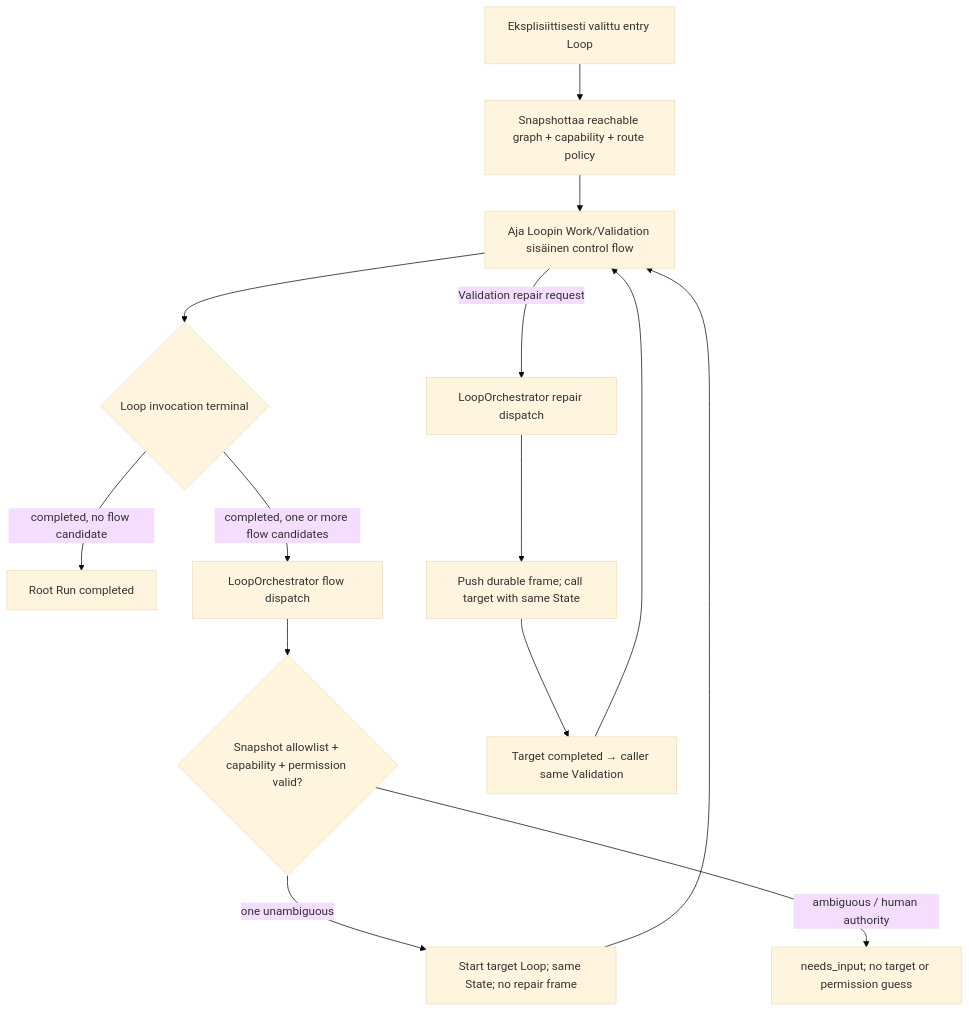
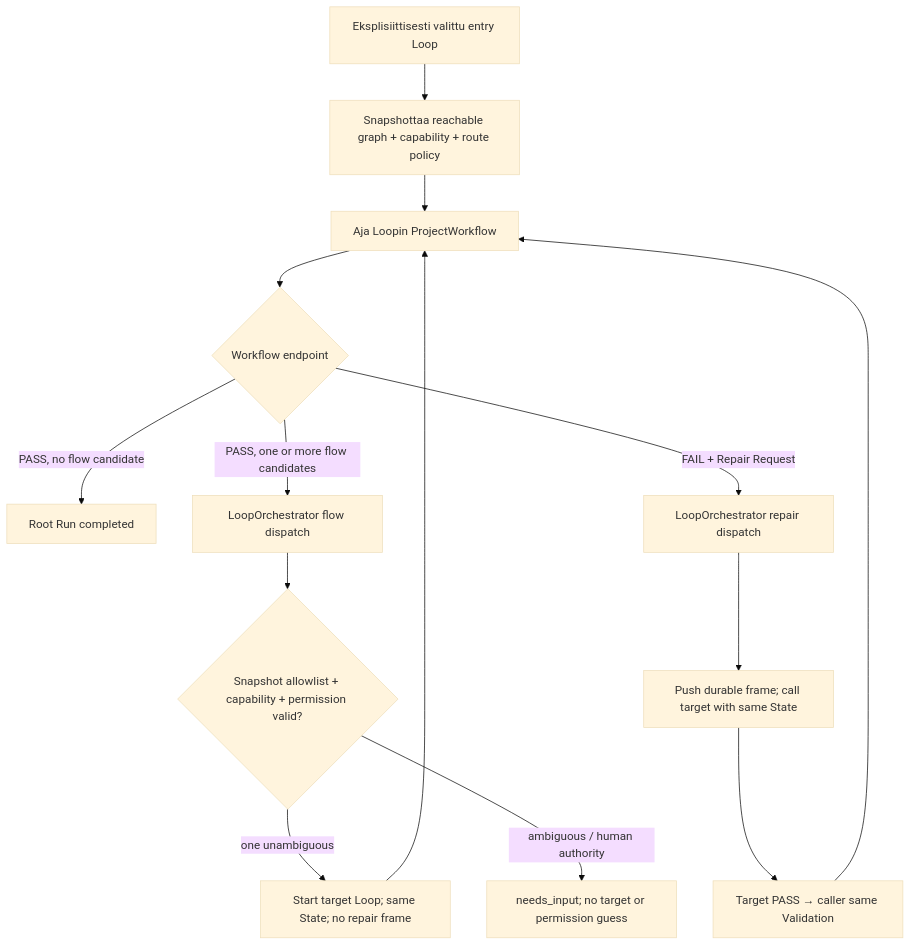
Before and after one commit to isinisalo/ballet: the fifth of 5 diagrams in .ballet/arc42/06-runtime-view.md, drawn with Mermaid (base theme). The commit also changed other lines of this file and 272 other files, not shown here.

````diff
--- a/.ballet/arc42/06-runtime-view.md
+++ b/.ballet/arc42/06-runtime-view.md
@@ -104,16 +119,16 @@
 ```mermaid
 flowchart TD
   entry["Eksplisiittisesti valittu entry Loop"] --> snapshot["Snapshottaa reachable graph + capability + route policy"]
-  snapshot --> run["Aja Loopin Work/Validation sisäinen control flow"]
-  run --> terminal{"Loop invocation terminal"}
-  terminal -->|"completed, no flow candidate"| done["Root Run completed"]
-  terminal -->|"completed, one or more flow candidates"| dispatch["LoopOrchestrator flow dispatch"]
+  snapshot --> run["Aja Loopin ProjectWorkflow"]
+  run --> terminal{"Workflow endpoint"}
+  terminal -->|"PASS, no flow candidate"| done["Root Run completed"]
+  terminal -->|"PASS, one or more flow candidates"| dispatch["LoopOrchestrator flow dispatch"]
   dispatch --> validate{"Snapshot allowlist + capability + permission valid?"}
   validate -->|"one unambiguous"| next["Start target Loop; same State; no repair frame"]
   validate -->|"ambiguous / human authority"| input["needs_input; no target or permission guess"]
-  run -->|"Validation repair request"| repair["LoopOrchestrator repair dispatch"]
+  terminal -->|"FAIL + Repair Request"| repair["LoopOrchestrator repair dispatch"]
   repair --> frame["Push durable frame; call target with same State"]
-  frame --> return["Target completed → caller same Validation"]
+  frame --> return["Target PASS → caller same Validation"]
   next --> run
   return --> run
 ```
````
